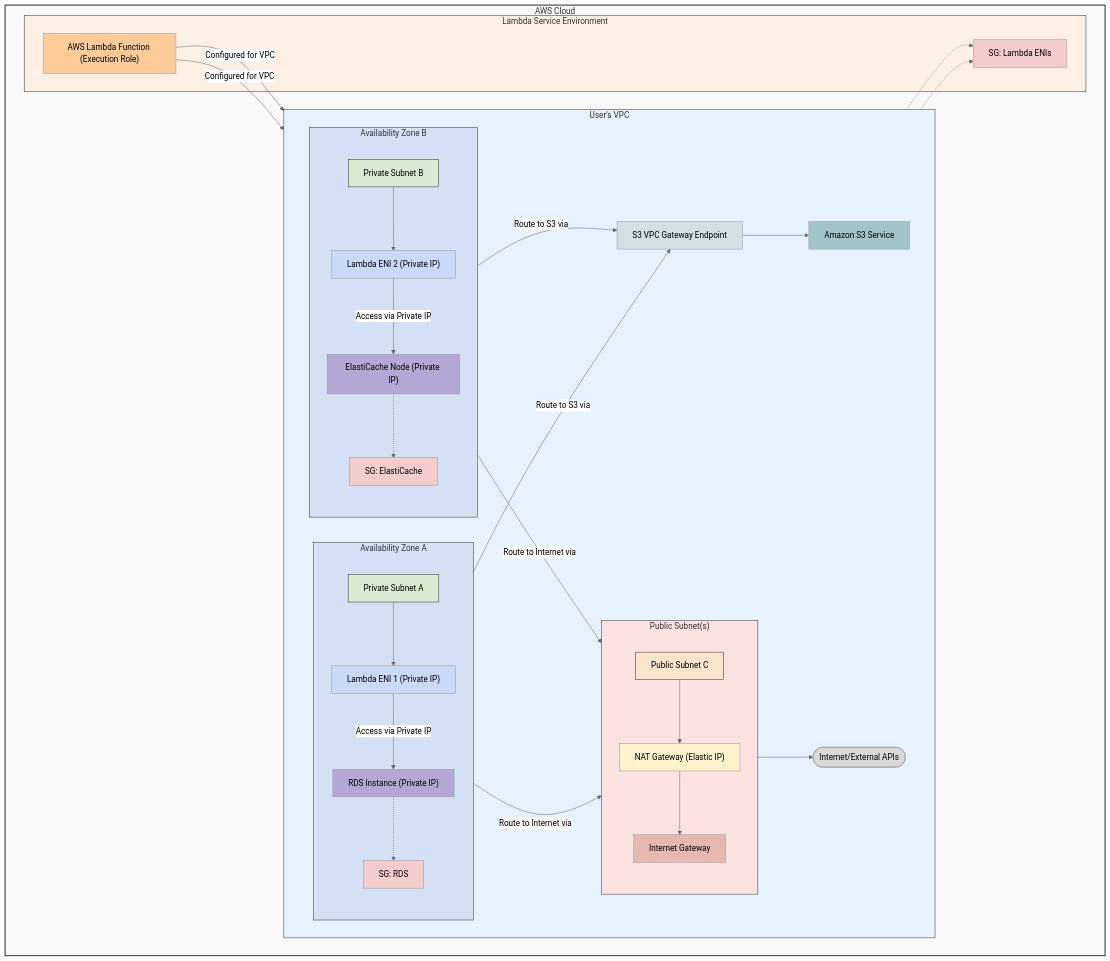
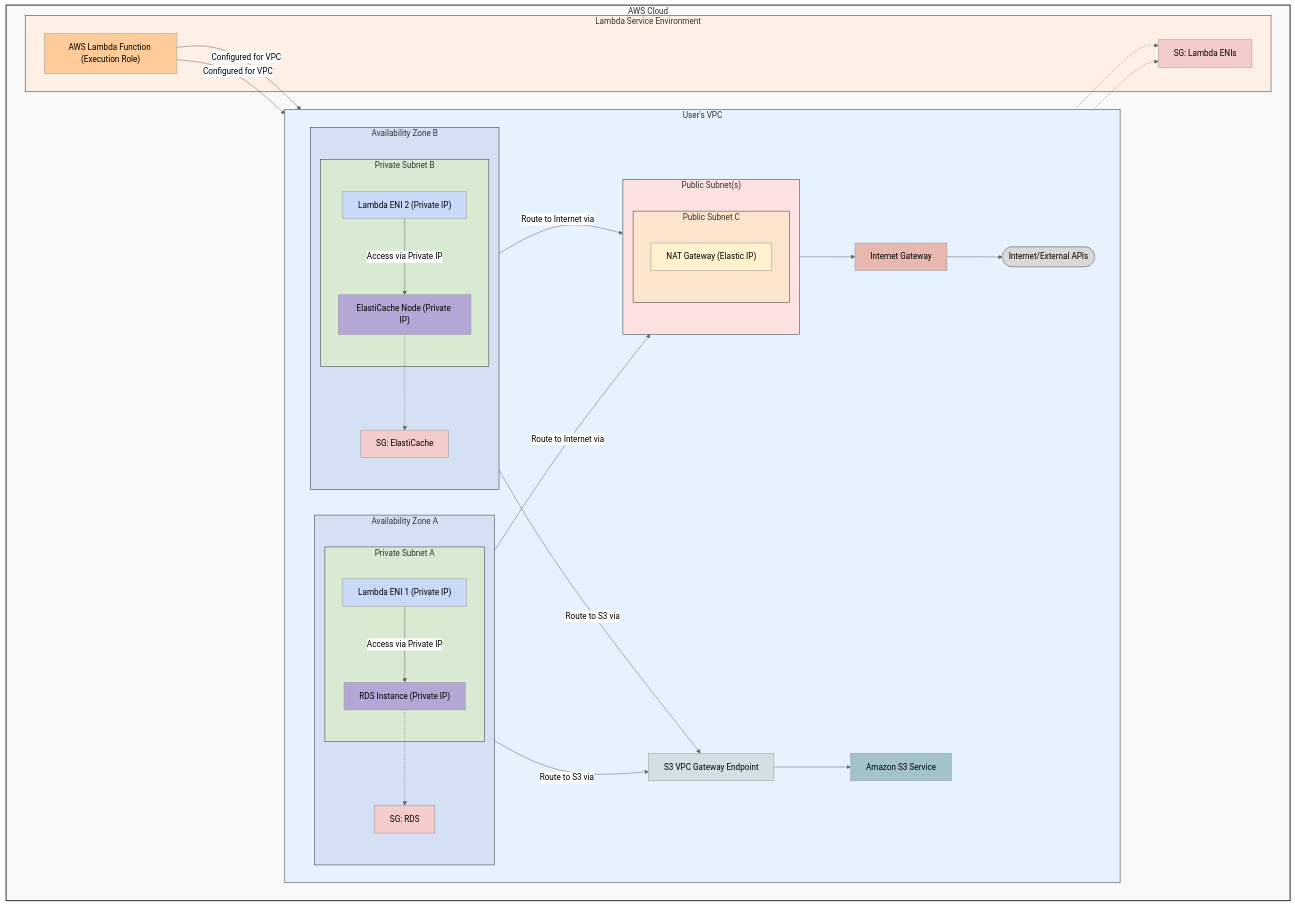
One commit to chrishonson/Nick-s-Bench-Progress changed the second of 2 diagrams in README.md. Above: the diagram before and after it, drawn with Mermaid (neutral theme). The commit also changed other lines of this file, not shown here.

Commit message:
diagram update

```diff
--- a/README.md
+++ b/README.md
@@ -384,12 +386,12 @@
 
             subgraph AZ_A ["Availability Zone A"]
                 direction TB
-                PVT_SUBNET_A[Private Subnet A]
-                ENI_A["Lambda ENI 1 (Private IP)"]
-                RDS_A["RDS Instance (Private IP)"]
+                subgraph PVT_SUBNET_A ["Private Subnet A"]
+                    ENI_A["Lambda ENI 1 (Private IP)"]
+                    RDS_A["RDS Instance (Private IP)"]
+                end
                 SG_DB[SG: RDS]
 
-                PVT_SUBNET_A --> ENI_A
                 ENI_A -->|Access via Private IP| RDS_A
                 RDS_A -.-> SG_DB
                 ENI_A -.-> SG_Lambda
@@ -397,12 +399,12 @@
 
             subgraph AZ_B ["Availability Zone B"]
                 direction TB
-                PVT_SUBNET_B[Private Subnet B]
-                ENI_B["Lambda ENI 2 (Private IP)"]
-                EC_B["ElastiCache Node (Private IP)"]
+                subgraph PVT_SUBNET_B ["Private Subnet B"]
+                    ENI_B["Lambda ENI 2 (Private IP)"]
+                    EC_B["ElastiCache Node (Private IP)"]
+                end
                 SG_CACHE[SG: ElastiCache]
 
-                PVT_SUBNET_B --> ENI_B
                 ENI_B -->|Access via Private IP| EC_B
                 EC_B -.-> SG_CACHE
                 ENI_B -.-> SG_Lambda
@@ -410,13 +412,12 @@
 
             subgraph Public_Subnet_Zone ["Public Subnet(s)"]
                  direction TB
-                 PUB_SUBNET_C[Public Subnet C]
-                 NAT_GW["NAT Gateway (Elastic IP)"]
-                 IGW[Internet Gateway]
-                 PUB_SUBNET_C --> NAT_GW
-                 NAT_GW --> IGW
+                 subgraph PUB_SUBNET_C ["Public Subnet C"]
+                    NAT_GW["NAT Gateway (Elastic IP)"]
+                 end
             end
 
+            IGW[Internet Gateway]
             S3_VPCE[S3 VPC Gateway Endpoint]
 
             %% Routing
@@ -424,6 +425,7 @@
             PVT_SUBNET_B -->|Route to Internet via| NAT_GW
             PVT_SUBNET_A -->|Route to S3 via| S3_VPCE
             PVT_SUBNET_B -->|Route to S3 via| S3_VPCE
+            NAT_GW --> IGW
             IGW --> Internet(["Internet/External APIs"])
             S3_VPCE --> S3[Amazon S3 Service]
 
```
